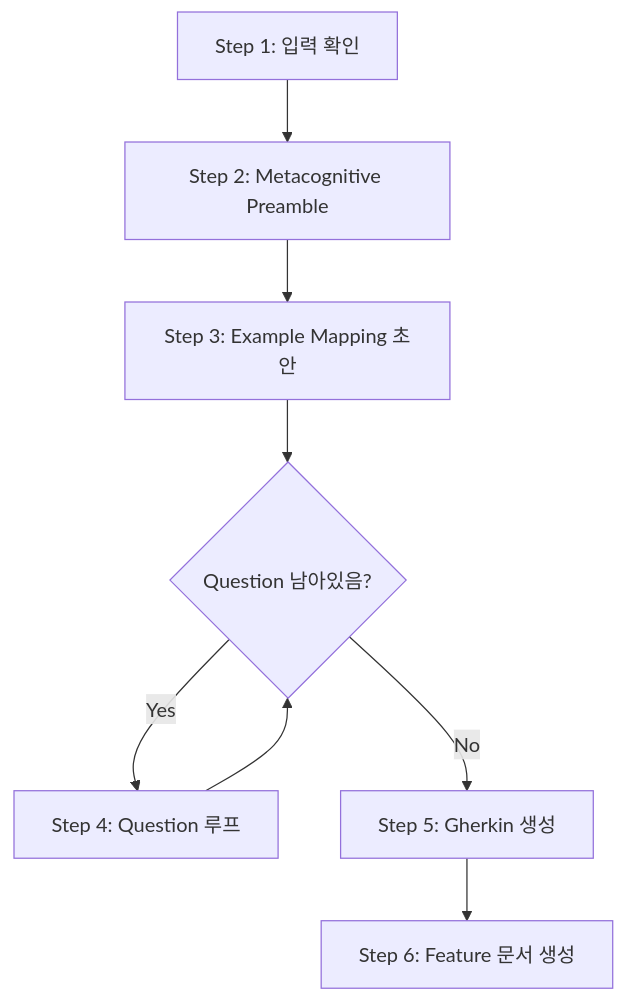
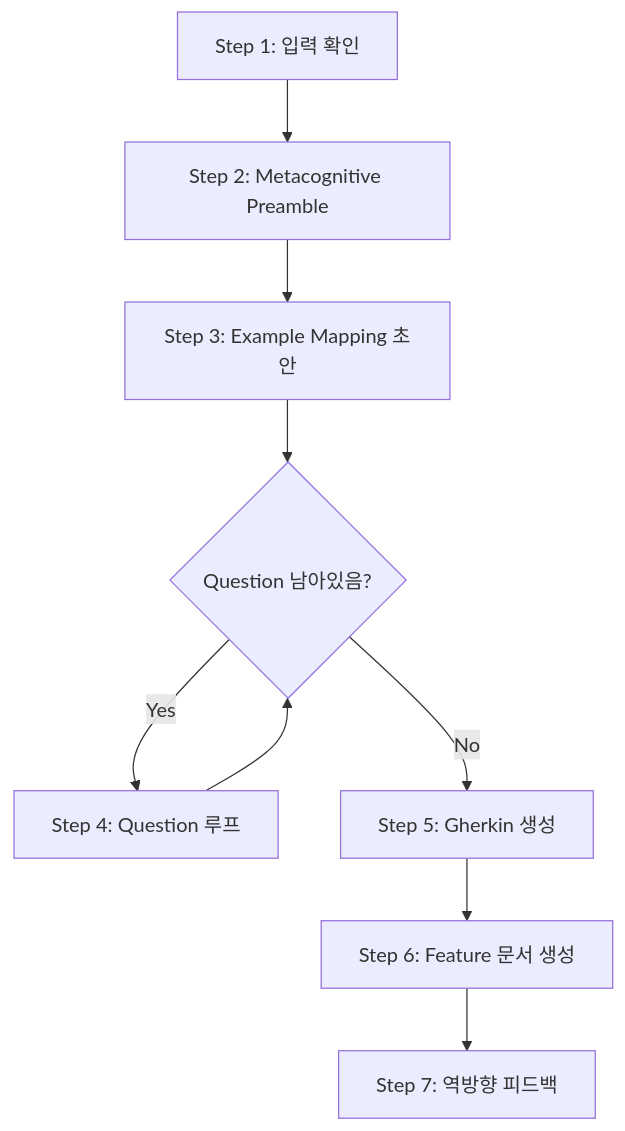
The diagram in .claude/skills/sd-spec/SKILL.md (kslhunter/simplysm), drawn with Mermaid before and after one commit. The commit also changed other lines of this file and 34 other files, not shown here.

````diff
--- a/.claude/skills/sd-spec/SKILL.md
+++ b/.claude/skills/sd-spec/SKILL.md
@@ -15,10 +14,11 @@
 ```mermaid
 flowchart TD
     S1[Step 1: 입력 확인] --> S2[Step 2: Metacognitive Preamble]
     S2 --> S3[Step 3: Example Mapping 초안]
     S3 --> S4{Question 남아있음?}
     S4 -->|Yes| S5[Step 4: Question 루프]
     S5 --> S4
     S4 -->|No| S6[Step 5: Gherkin 생성]
     S6 --> S7[Step 6: Feature 문서 생성]
+    S7 --> S8[Step 7: 역방향 피드백]
 ```
````
